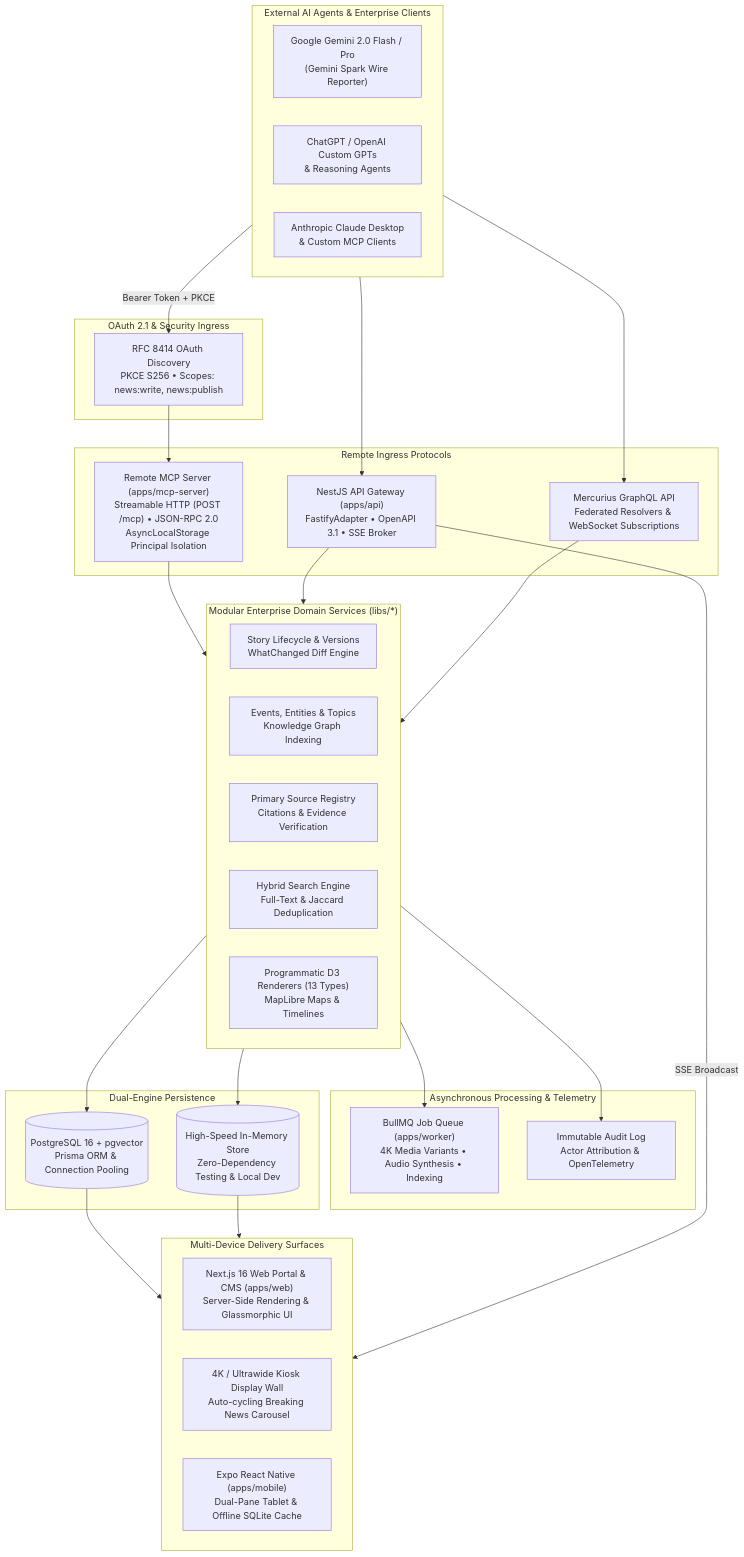
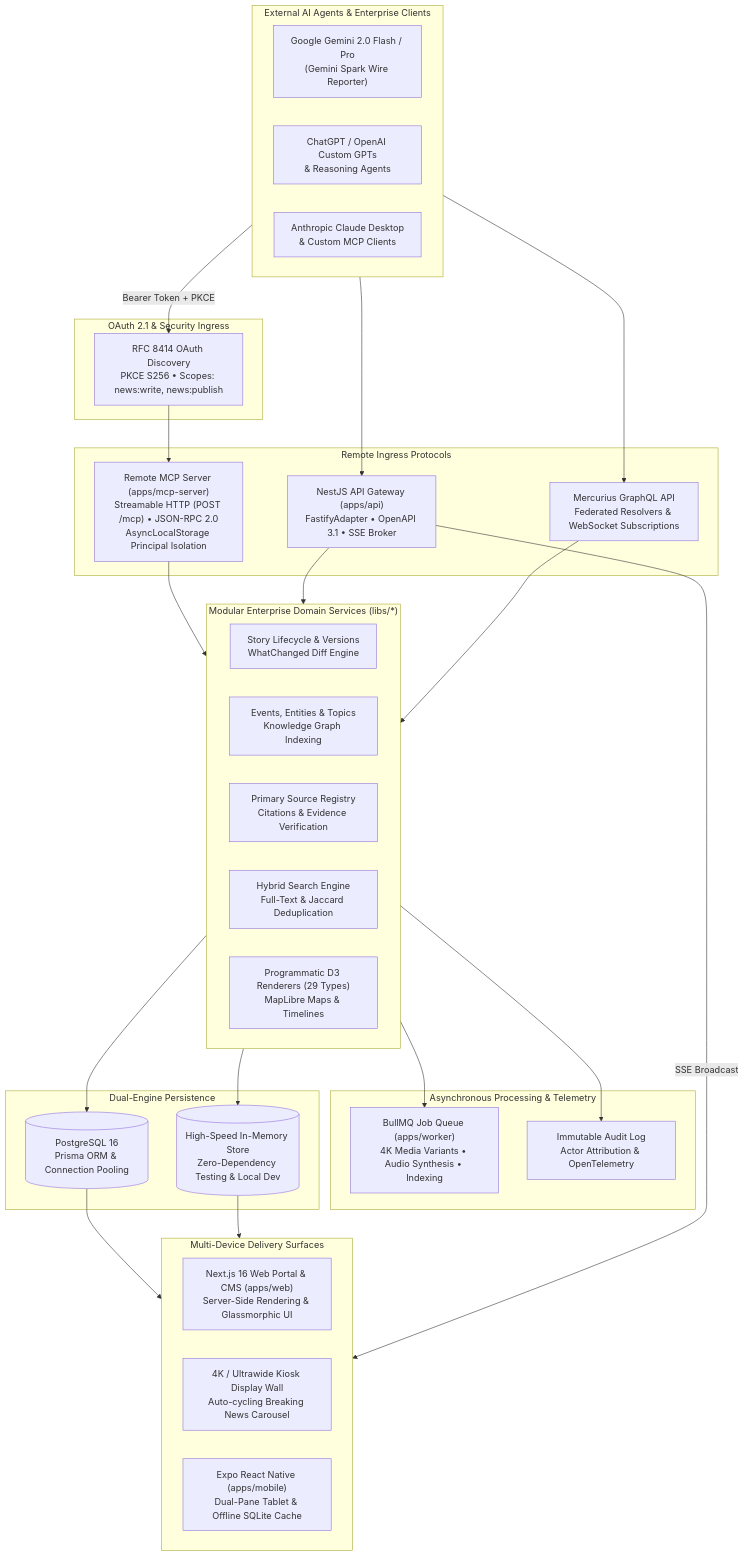
Before and after one commit to chahakshahcs5/GlobalPulse: the first of 2 diagrams in README.md, drawn with Mermaid. The commit also changed other lines of this file and 186 other files, not shown here.

````diff
--- a/README.md
+++ b/README.md
@@ -30,60 +30,60 @@
 ```mermaid
 flowchart TD
     subgraph ExternalAgents["External AI Agents & Enterprise Clients"]
         Gemini["Google Gemini 2.0 Flash / Pro\n(Gemini Spark Wire Reporter)"]
         OpenAI["ChatGPT / OpenAI Custom GPTs\n& Reasoning Agents"]
         Claude["Anthropic Claude Desktop\n& Custom MCP Clients"]
     end
 
     subgraph SecurityTier["OAuth 2.1 & Security Ingress"]
         RFC8414["RFC 8414 OAuth Discovery\nPKCE S256 • Scopes: news:write, news:publish"]
     end
 
     subgraph IngressTier["Remote Ingress Protocols"]
         MCP["Remote MCP Server (apps/mcp-server)\nStreamable HTTP (POST /mcp) • JSON-RPC 2.0\nAsyncLocalStorage Principal Isolation"]
         NestAPI["NestJS API Gateway (apps/api)\nFastifyAdapter • OpenAPI 3.1 • SSE Broker"]
         GQL["Mercurius GraphQL API\nFederated Resolvers & WebSocket Subscriptions"]
     end
 
     subgraph DomainCore["Modular Enterprise Domain Services (libs/*)"]
         Stories["Story Lifecycle & Versions\nWhatChanged Diff Engine"]
         Taxonomy["Events, Entities & Topics\nKnowledge Graph Indexing"]
         Sources["Primary Source Registry\nCitations & Evidence Verification"]
         Search["Hybrid Search Engine\nFull-Text & Jaccard Deduplication"]
-        MediaLib["Programmatic D3 Renderers (13 Types)\nMapLibre Maps & Timelines"]
+        MediaLib["Programmatic D3 Renderers (29 Types)\nMapLibre Maps & Timelines"]
     end
 
     subgraph AsyncTier["Asynchronous Processing & Telemetry"]
         BullMQ["BullMQ Job Queue (apps/worker)\n4K Media Variants • Audio Synthesis • Indexing"]
         Audit["Immutable Audit Log\nActor Attribution & OpenTelemetry"]
     end
 
     subgraph DataTier["Dual-Engine Persistence"]
-        Postgres[("PostgreSQL 16 + pgvector\nPrisma ORM & Connection Pooling")]
+        Postgres[("PostgreSQL 16\nPrisma ORM & Connection Pooling")]
         Memory[("High-Speed In-Memory Store\nZero-Dependency Testing & Local Dev")]
     end
 
     subgraph PresentationTier["Multi-Device Delivery Surfaces"]
         WebPortal["Next.js 16 Web Portal & CMS (apps/web)\nServer-Side Rendering & Glassmorphic UI"]
         DisplayWall["4K / Ultrawide Kiosk Display Wall\nAuto-cycling Breaking News Carousel"]
         MobileApp["Expo React Native (apps/mobile)\nDual-Pane Tablet & Offline SQLite Cache"]
     end
 
     ExternalAgents -->|Bearer Token + PKCE| RFC8414
     RFC8414 --> MCP
     ExternalAgents --> NestAPI
     ExternalAgents --> GQL
 
     MCP --> DomainCore
     NestAPI --> DomainCore
     GQL --> DomainCore
 
     DomainCore --> Postgres
     DomainCore --> Memory
     DomainCore --> BullMQ
     DomainCore --> Audit
 
     Postgres --> PresentationTier
     Memory --> PresentationTier
     NestAPI -->|SSE Broadcast| PresentationTier
 ```
````
